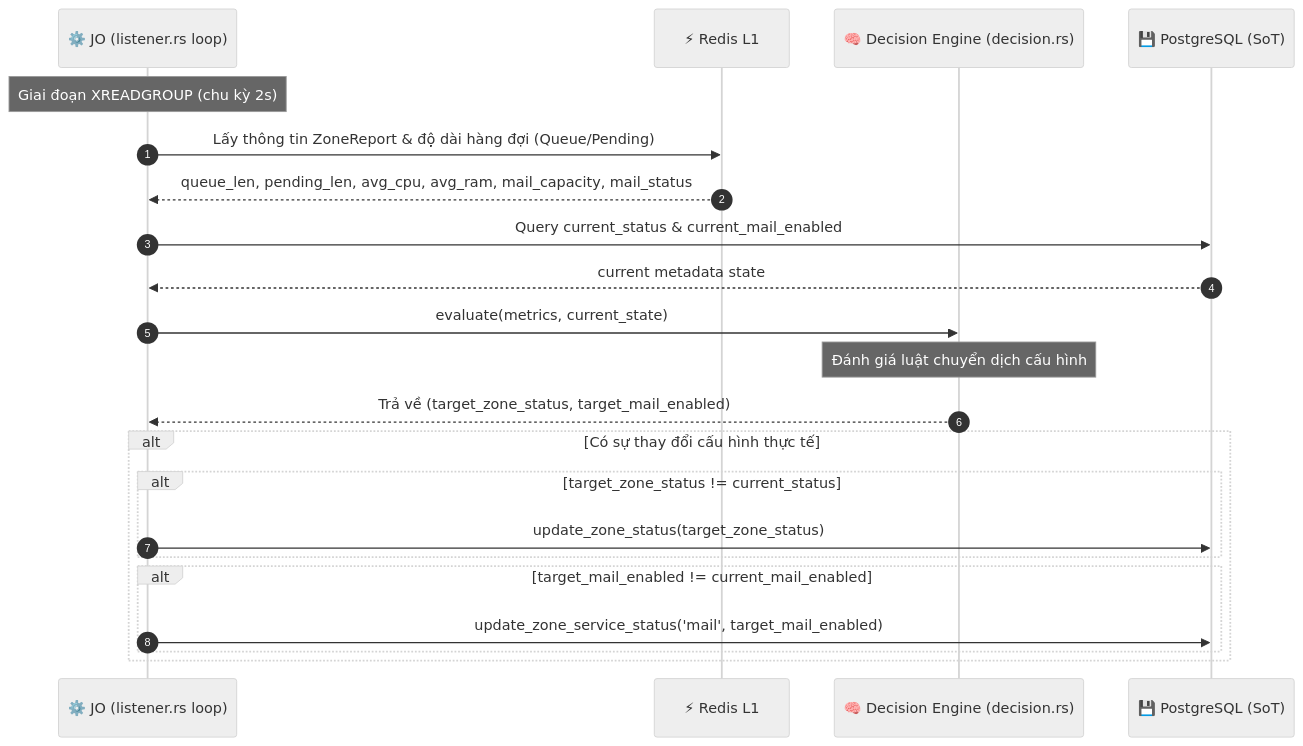
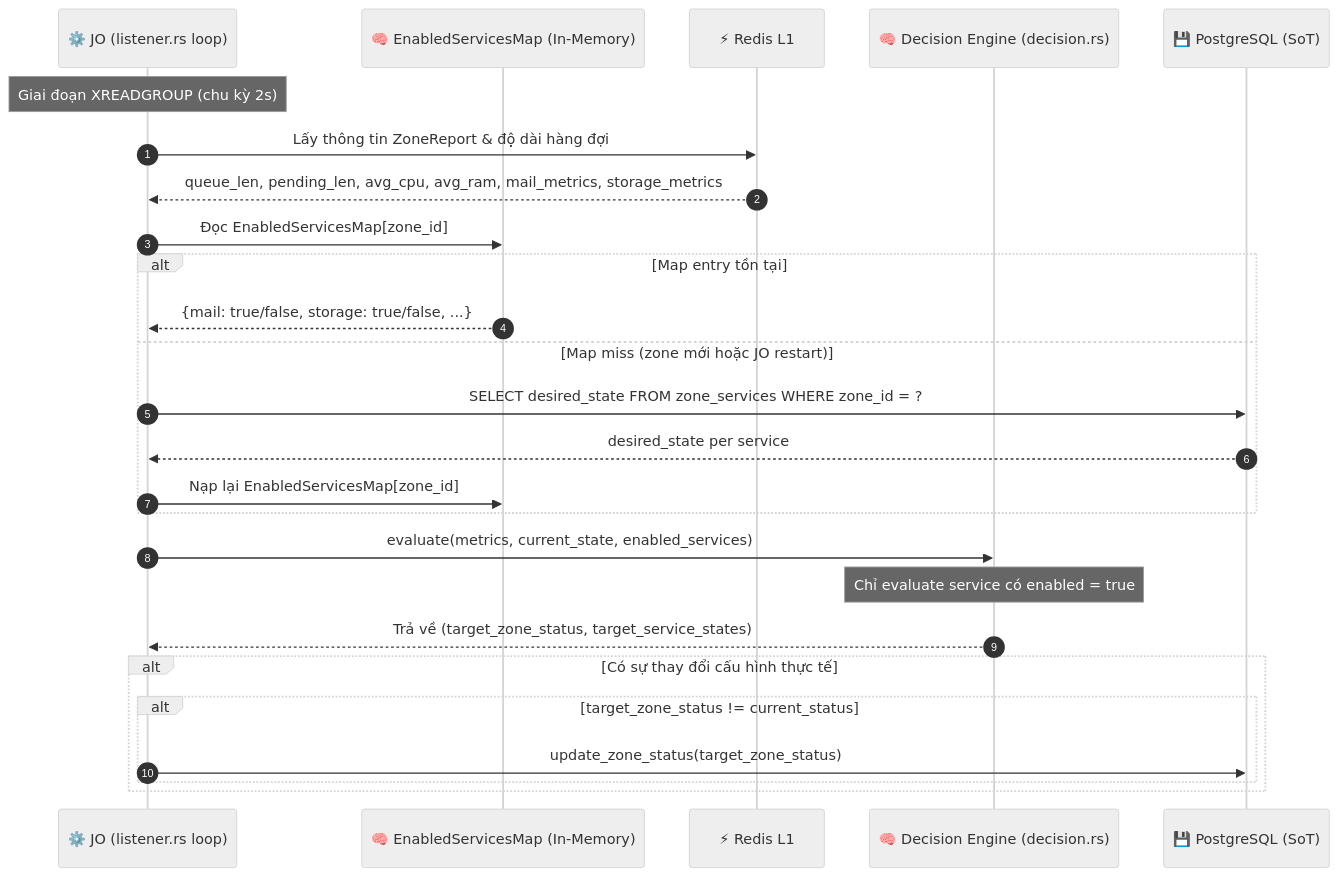
Diagram 19 of 21 in god_view/hierarchy/zone_lifecycle_god_view.md (phucle996/aurora), drawn with Mermaid (neutral theme) before and after one commit. The commit also changed other lines of this file and 24 other files, not shown here.

````diff
--- a/god_view/hierarchy/zone_lifecycle_god_view.md
+++ b/god_view/hierarchy/zone_lifecycle_god_view.md
@@ -966,27 +1020,32 @@
 ```mermaid
 sequenceDiagram
     autonumber
     participant JO as ⚙️ JO (listener.rs loop)
+    participant RAM as 🧠 EnabledServicesMap (In-Memory)
     participant L1 as ⚡ Redis L1
     participant DE as 🧠 Decision Engine (decision.rs)
     participant DB as 💾 PostgreSQL (SoT)
 
     Note over JO: Giai đoạn XREADGROUP (chu kỳ 2s)
-    JO->>L1: Lấy thông tin ZoneReport & độ dài hàng đợi (Queue/Pending)
-    L1-->>JO: queue_len, pending_len, avg_cpu, avg_ram, mail_capacity, mail_status
-    JO->>DB: Query current_status & current_mail_enabled
-    DB-->>JO: current metadata state
-    
-    JO->>DE: evaluate(metrics, current_state)
-    Note over DE: Đánh giá luật chuyển dịch cấu hình
-    DE-->>JO: Trả về (target_zone_status, target_mail_enabled)
-    
+    JO->>L1: Lấy thông tin ZoneReport & độ dài hàng đợi
+    L1-->>JO: queue_len, pending_len, avg_cpu, avg_ram, mail_metrics, storage_metrics
+
+    JO->>RAM: Đọc EnabledServicesMap[zone_id]
+    alt Map entry tồn tại
+        RAM-->>JO: {mail: true/false, storage: true/false, ...}
+    else Map miss (zone mới hoặc JO restart)
+        JO->>DB: SELECT desired_state FROM zone_services WHERE zone_id = ?
+        DB-->>JO: desired_state per service
+        JO->>RAM: Nạp lại EnabledServicesMap[zone_id]
+    end
+
+    JO->>DE: evaluate(metrics, current_state, enabled_services)
+    Note over DE: Chỉ evaluate service có enabled = true
+    DE-->>JO: Trả về (target_zone_status, target_service_states)
+
     alt Có sự thay đổi cấu hình thực tế
         alt target_zone_status != current_status
             JO->>DB: update_zone_status(target_zone_status)
         end
-        alt target_mail_enabled != current_mail_enabled
-            JO->>DB: update_zone_service_status('mail', target_mail_enabled)
-        end
     end
 ```
````
